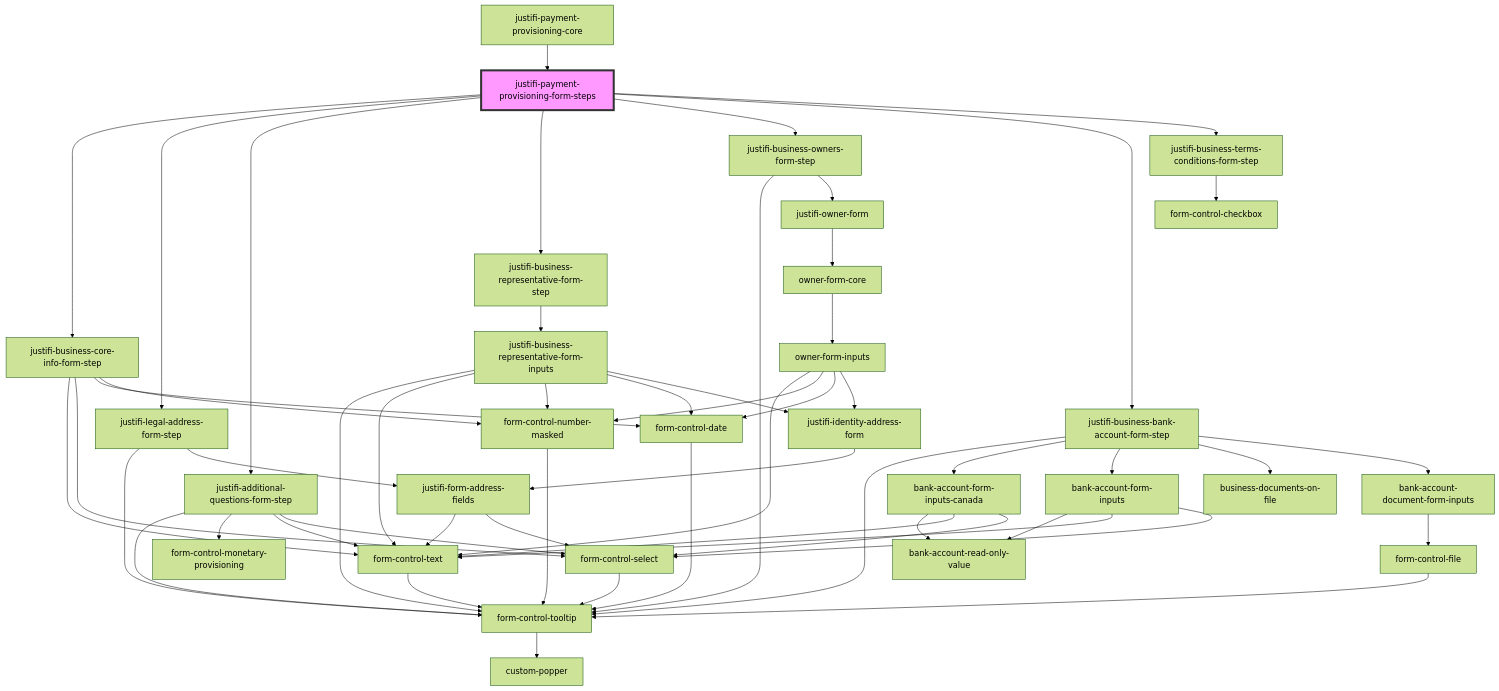
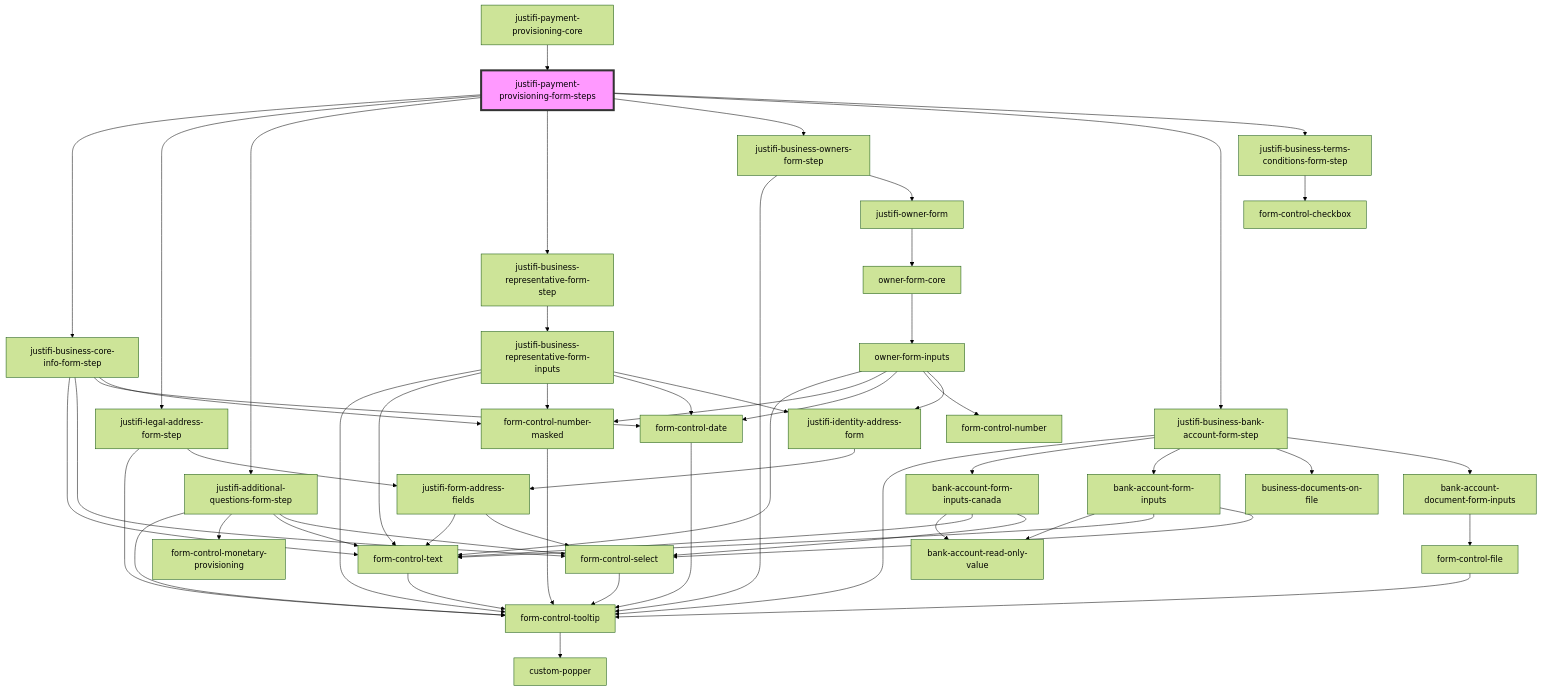
Before and after one commit to justifi-tech/web-component-library: the diagram in packages/webcomponents/src/components/business-forms/payment-provisioning/readme.md, drawn with Mermaid (forest theme). The commit also changed 5 other files, not shown here.

````diff
--- a/packages/webcomponents/src/components/business-forms/payment-provisioning/readme.md
+++ b/packages/webcomponents/src/components/business-forms/payment-provisioning/readme.md
@@ -36,58 +36,59 @@
 ```mermaid
 graph TD;
   justifi-payment-provisioning-form-steps --> justifi-business-core-info-form-step
   justifi-payment-provisioning-form-steps --> justifi-legal-address-form-step
   justifi-payment-provisioning-form-steps --> justifi-additional-questions-form-step
   justifi-payment-provisioning-form-steps --> justifi-business-representative-form-step
   justifi-payment-provisioning-form-steps --> justifi-business-owners-form-step
   justifi-payment-provisioning-form-steps --> justifi-business-bank-account-form-step
   justifi-payment-provisioning-form-steps --> justifi-business-terms-conditions-form-step
   justifi-business-core-info-form-step --> form-control-text
   justifi-business-core-info-form-step --> form-control-select
   justifi-business-core-info-form-step --> form-control-date
   justifi-business-core-info-form-step --> form-control-number-masked
   form-control-text --> form-control-tooltip
   form-control-tooltip --> custom-popper
   form-control-select --> form-control-tooltip
   form-control-date --> form-control-tooltip
   form-control-number-masked --> form-control-tooltip
   justifi-legal-address-form-step --> form-control-tooltip
   justifi-legal-address-form-step --> justifi-form-address-fields
   justifi-form-address-fields --> form-control-text
   justifi-form-address-fields --> form-control-select
   justifi-additional-questions-form-step --> form-control-tooltip
   justifi-additional-questions-form-step --> form-control-monetary-provisioning
   justifi-additional-questions-form-step --> form-control-text
   justifi-additional-questions-form-step --> form-control-select
   justifi-business-representative-form-step --> justifi-business-representative-form-inputs
   justifi-business-representative-form-inputs --> form-control-tooltip
   justifi-business-representative-form-inputs --> form-control-text
   justifi-business-representative-form-inputs --> form-control-number-masked
   justifi-business-representative-form-inputs --> form-control-date
   justifi-business-representative-form-inputs --> justifi-identity-address-form
   justifi-identity-address-form --> justifi-form-address-fields
   justifi-business-owners-form-step --> form-control-tooltip
   justifi-business-owners-form-step --> justifi-owner-form
   justifi-owner-form --> owner-form-core
   owner-form-core --> owner-form-inputs
   owner-form-inputs --> form-control-text
   owner-form-inputs --> form-control-number-masked
   owner-form-inputs --> form-control-date
+  owner-form-inputs --> form-control-number
   owner-form-inputs --> justifi-identity-address-form
   justifi-business-bank-account-form-step --> form-control-tooltip
   justifi-business-bank-account-form-step --> bank-account-form-inputs-canada
   justifi-business-bank-account-form-step --> bank-account-form-inputs
   justifi-business-bank-account-form-step --> business-documents-on-file
   justifi-business-bank-account-form-step --> bank-account-document-form-inputs
   bank-account-form-inputs-canada --> bank-account-read-only-value
   bank-account-form-inputs-canada --> form-control-text
   bank-account-form-inputs-canada --> form-control-select
   bank-account-form-inputs --> bank-account-read-only-value
   bank-account-form-inputs --> form-control-text
   bank-account-form-inputs --> form-control-select
   bank-account-document-form-inputs --> form-control-file
   form-control-file --> form-control-tooltip
   justifi-business-terms-conditions-form-step --> form-control-checkbox
   justifi-payment-provisioning-core --> justifi-payment-provisioning-form-steps
   style justifi-payment-provisioning-form-steps fill:#f9f,stroke:#333,stroke-width:4px
 ```
````
